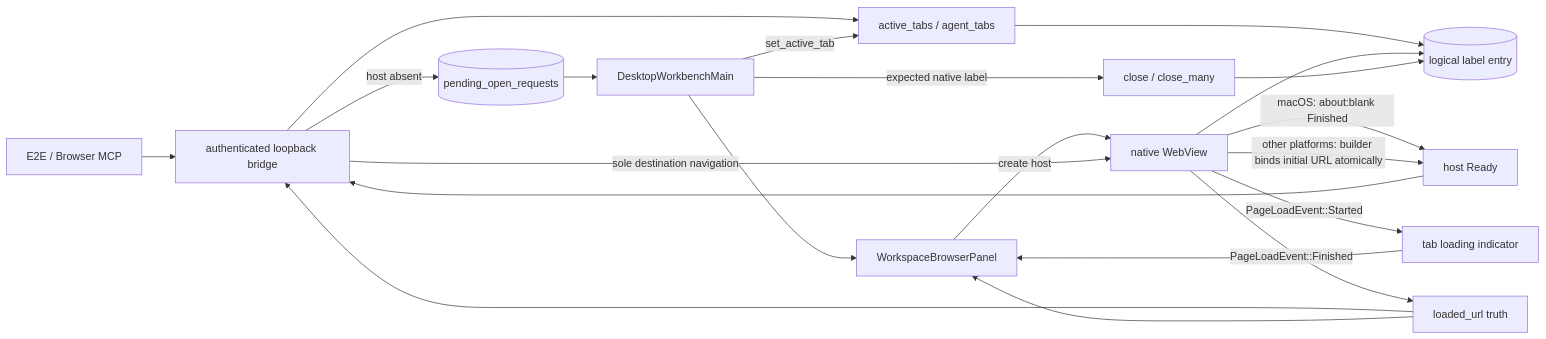
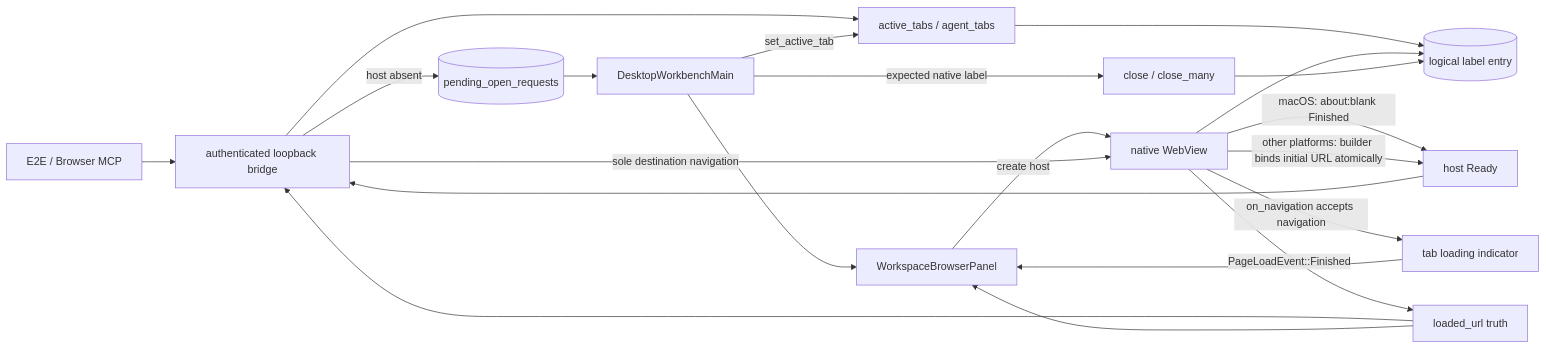
The first of 2 diagrams in docs/en/architecture/embedded-browser.md (wecode-ai/Wegent), drawn with Mermaid before and after one commit. The commit also changed other lines of this file and 2 other files, not shown here.

Commit message:
fix(wework): mark browser loading on navigation

````diff
--- a/docs/en/architecture/embedded-browser.md
+++ b/docs/en/architecture/embedded-browser.md
@@ -9,23 +9,23 @@
 ```mermaid
 flowchart LR
     CALLER[E2E / Browser MCP] --> BRIDGE[authenticated loopback bridge]
     BRIDGE --> ROUTE[active_tabs / agent_tabs]
     ROUTE --> ENTRY[(logical label entry)]
     BRIDGE -->|host absent| PENDING[(pending_open_requests)]
     PENDING --> MAIN[DesktopWorkbenchMain]
     MAIN --> PANEL[WorkspaceBrowserPanel]
     PANEL -->|create host| WEBVIEW[native WebView]
     WEBVIEW --> ENTRY
     WEBVIEW -->|macOS: about:blank Finished| READY[host Ready]
     WEBVIEW -->|other platforms: builder binds initial URL atomically| READY
     READY --> BRIDGE
     BRIDGE -->|sole destination navigation| WEBVIEW
-    WEBVIEW -->|PageLoadEvent::Started| LOADING[tab loading indicator]
+    WEBVIEW -->|on_navigation accepts navigation| LOADING[tab loading indicator]
     LOADING --> PANEL
     WEBVIEW -->|PageLoadEvent::Finished| LOADED[loaded_url truth]
     LOADED --> BRIDGE
     LOADED --> PANEL
     MAIN -->|set_active_tab| ROUTE
     MAIN -->|expected native label| CLOSE[close / close_many]
     CLOSE --> ENTRY
 ```
````
